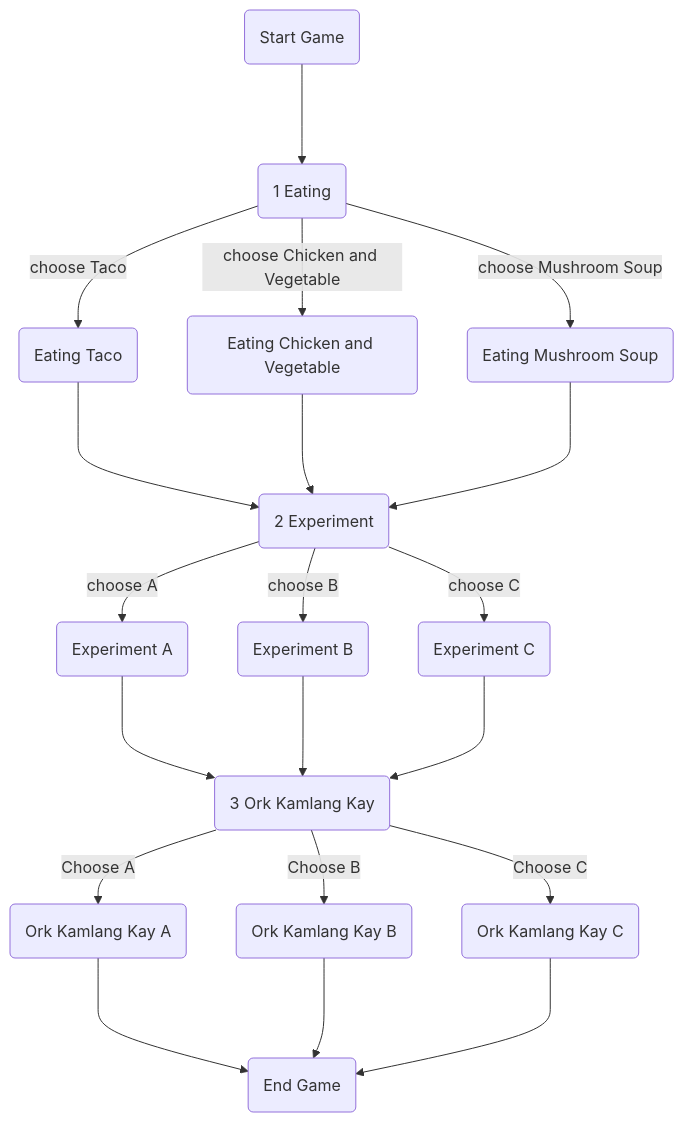
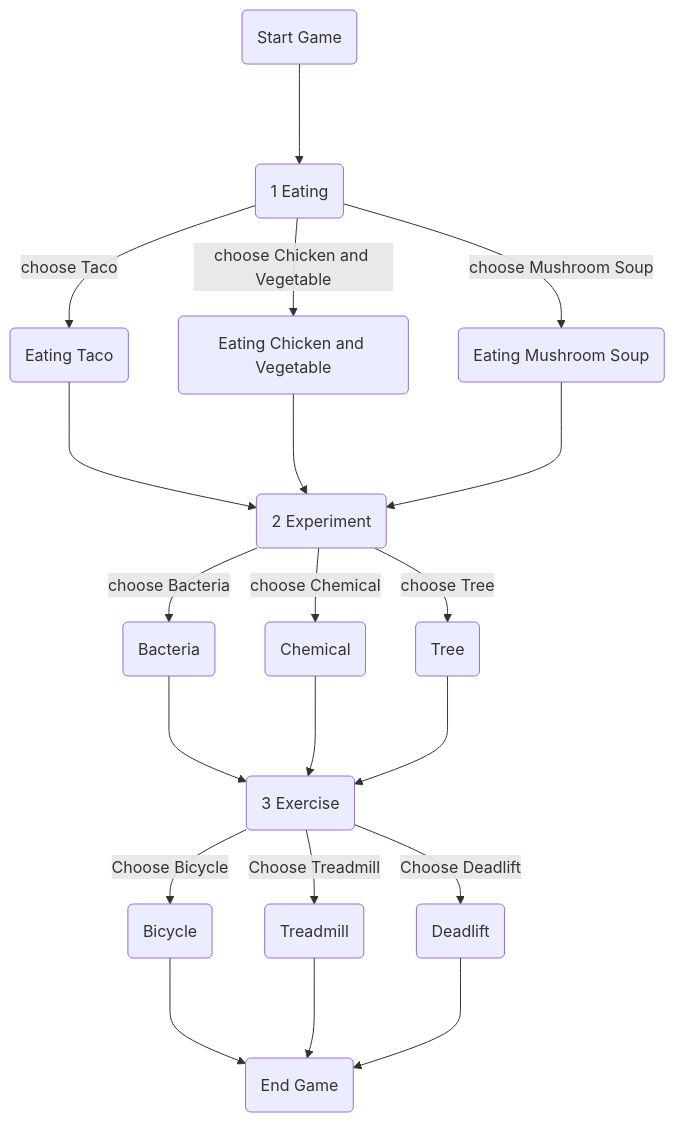
Before and after one commit to SSProgamer/ISS-Project: the diagram in README.md, drawn with Mermaid. The commit also changed other lines of this file, not shown here.

````diff
--- a/README.md
+++ b/README.md
@@ -40,25 +64,25 @@
-``` mermaid
+```mermaid
 flowchart TB
 endgame(End Game)
 startgame(Start Game) ---> gin(1 Eating)
 gin-- choose Taco --> gina(Eating Taco)
 gin-- choose Chicken and Vegetable --> ginb(Eating Chicken and Vegetable)
 gin-- choose Mushroom Soup --> ginc(Eating Mushroom Soup)
 todlong(2 Experiment)
 gina ---> todlong
 ginb ---> todlong
 ginc ---> todlong
-todlong -- choose A --> toda(Experiment A)
-todlong -- choose B --> todb(Experiment B)
-todlong -- choose C --> todc(Experiment C)
-ork(3 Ork Kamlang Kay)
+todlong -- choose Bacteria --> toda(Bacteria)
+todlong -- choose Chemical --> todb(Chemical)
+todlong -- choose Tree --> todc(Tree)
+ork(3 Exercise)
 toda ---> ork
 todb ---> ork
 todc ---> ork
-ork -- Choose A --> orka(Ork Kamlang Kay A)
-ork -- Choose B --> orkb(Ork Kamlang Kay B)
-ork -- Choose C --> orkc(Ork Kamlang Kay C)
+ork -- Choose Bicycle --> orka(Bicycle)
+ork -- Choose Treadmill --> orkb(Treadmill)
+ork -- Choose Deadlift --> orkc(Deadlift)
 orka ---> endgame
 orkb ---> endgame
 orkc ---> endgame
 ```
````
